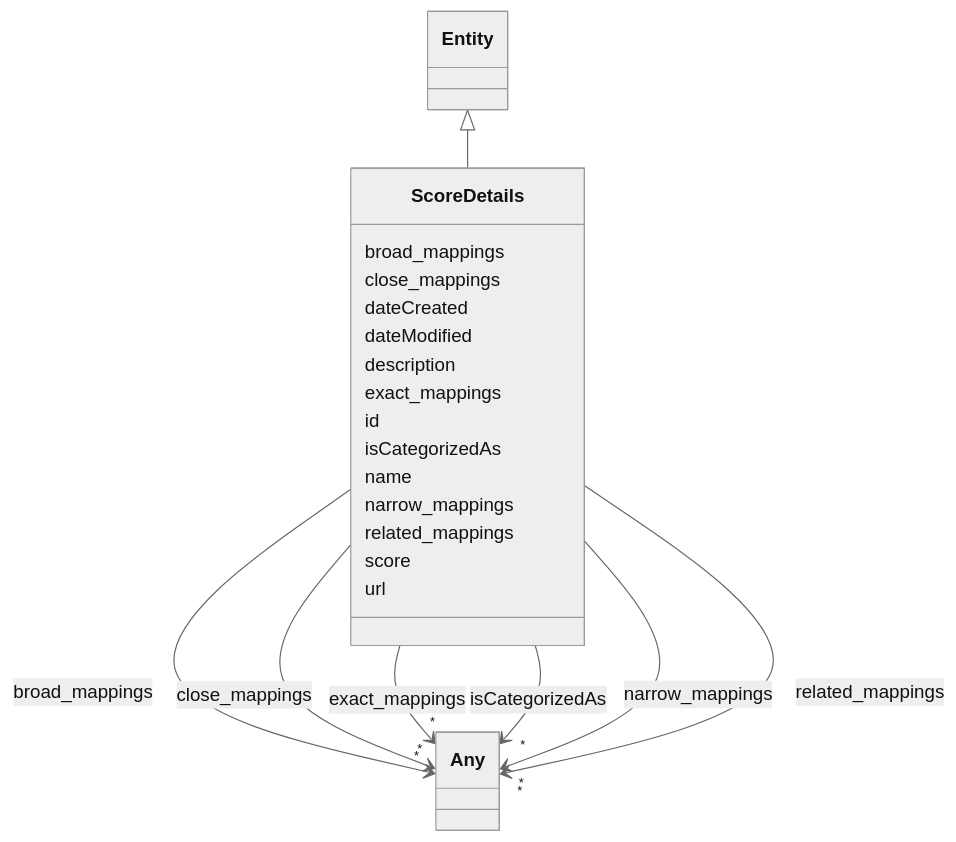
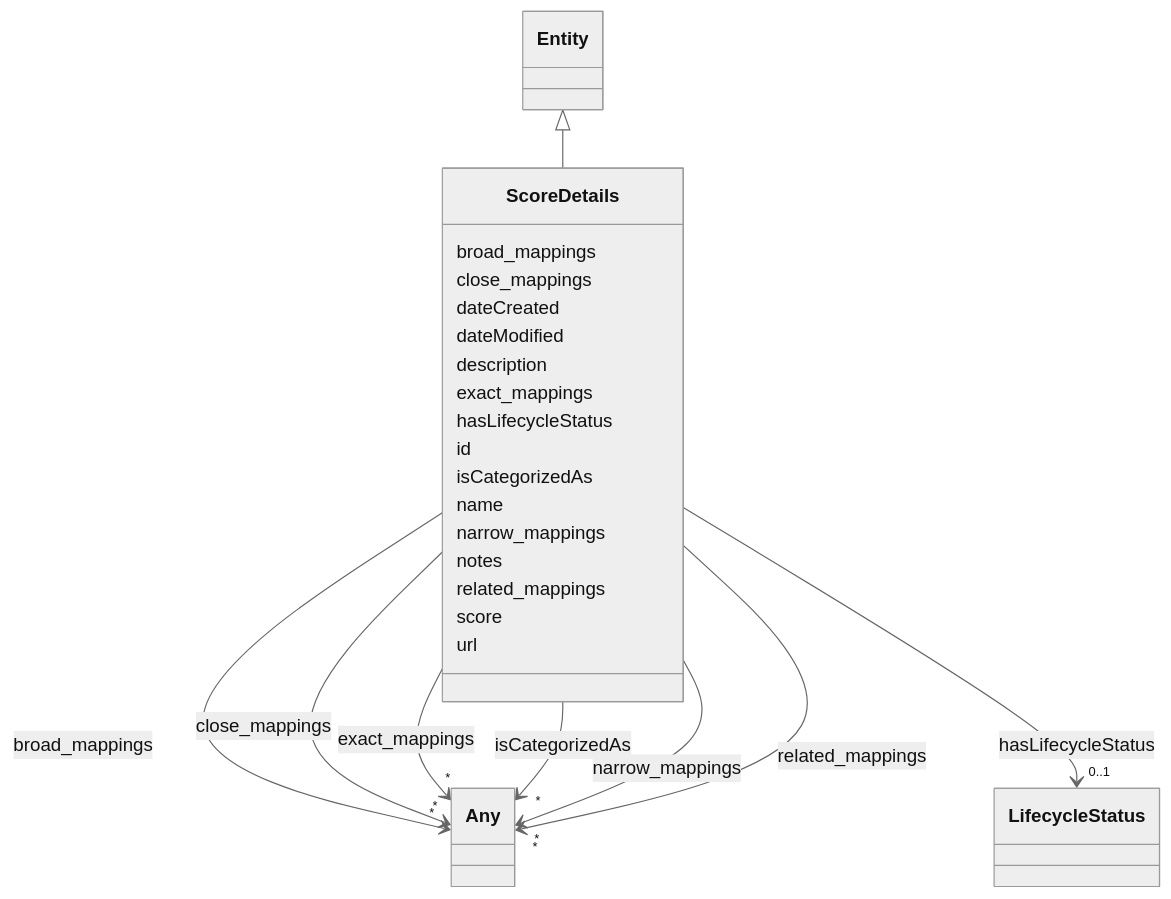
One commit to ingelise/risk-atlas-nexus changed the diagram in docs/ontology/ScoreDetails.md. Above: the diagram before and after it, drawn with Mermaid (neutral theme). The commit also changed other lines of this file and 190 other files, not shown here.

```diff
--- a/docs/ontology/ScoreDetails.md
+++ b/docs/ontology/ScoreDetails.md
@@ -57,6 +57,17 @@
 
 
 
+      ScoreDetails : hasLifecycleStatus
+
+
+
+
+
+        ScoreDetails --> "0..1" LifecycleStatus : hasLifecycleStatus
+        click LifecycleStatus href "../LifecycleStatus/"
+
+
+
       ScoreDetails : id
 
       ScoreDetails : isCategorizedAs
@@ -83,6 +94,8 @@
 
 
 
+      ScoreDetails : notes
+
       ScoreDetails : related_mappings
 
 
```
